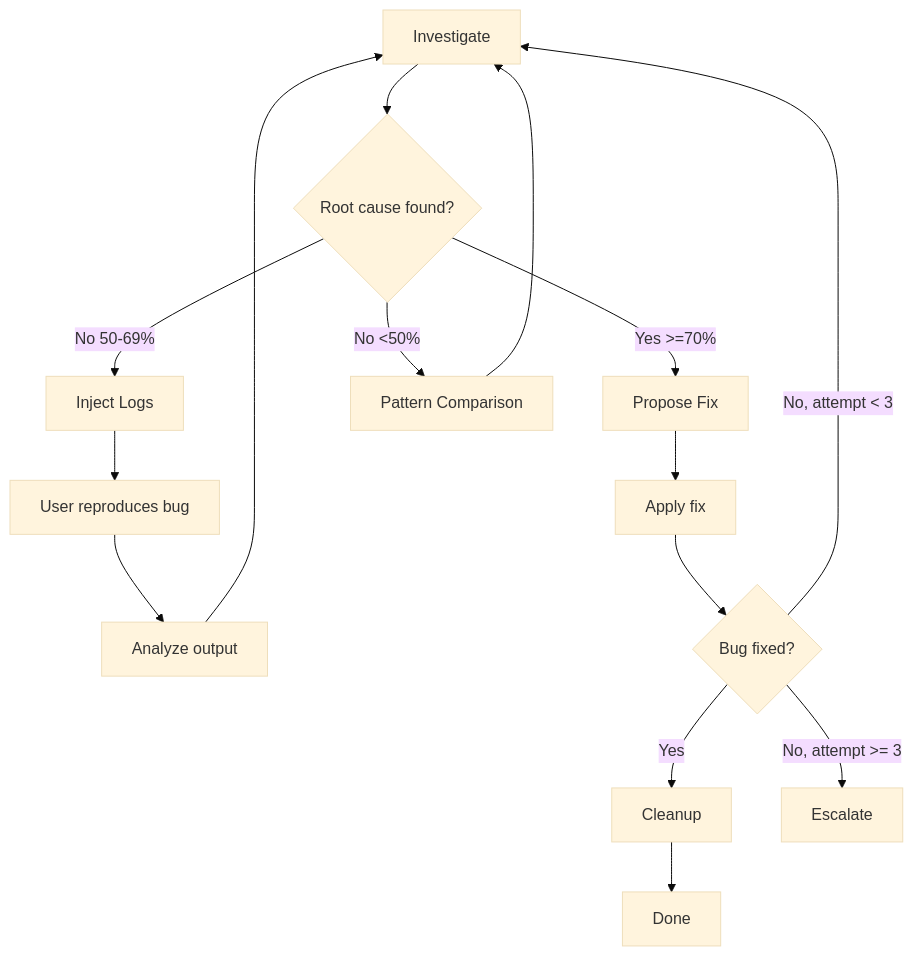
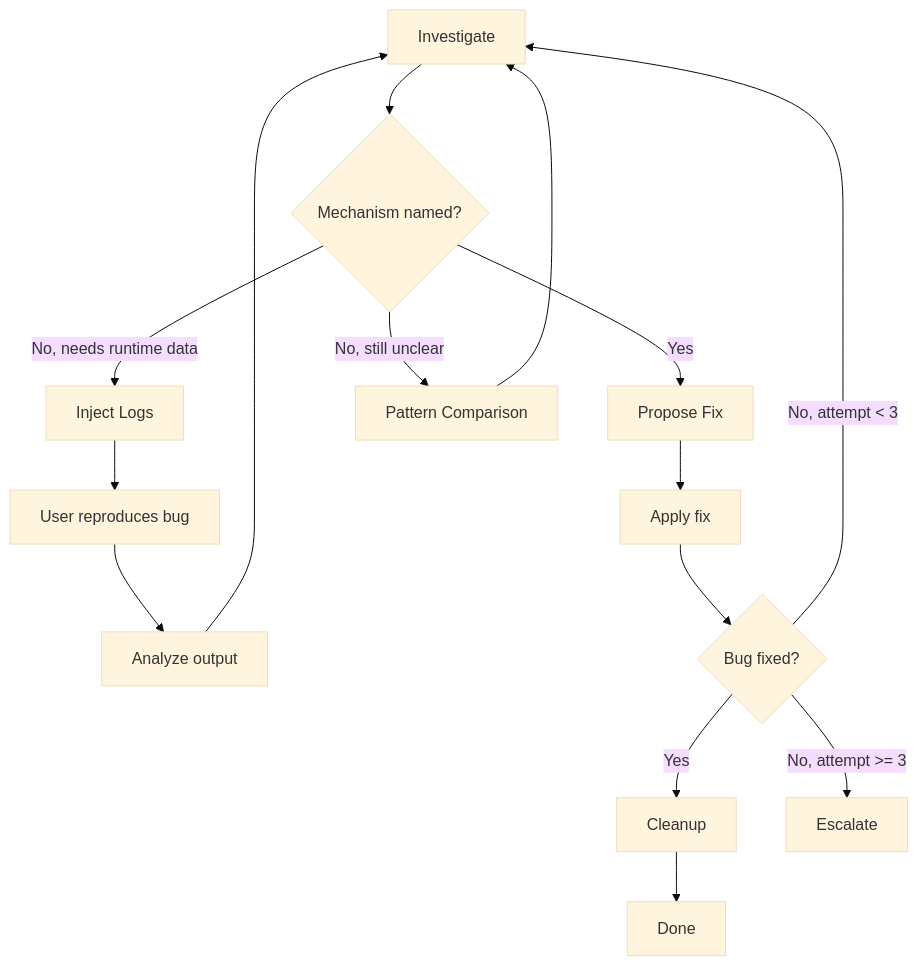
Before and after one commit to adeonir/agent-skills: the diagram in skills/engineering/debug-tools/README.md, drawn with Mermaid (base theme). The commit also changed other lines of this file and 3 other files, not shown here.

````diff
--- a/skills/engineering/debug-tools/README.md
+++ b/skills/engineering/debug-tools/README.md
@@ -9,17 +9,17 @@
 ```mermaid
 flowchart TD
-    A[Investigate] --> B{Root cause found?}
-    B -->|Yes >=70%| C[Propose Fix]
-    B -->|No 50-69%| D[Inject Logs]
-    B -->|No <50%| E[Pattern Comparison]
+    A[Investigate] --> B{Mechanism named?}
+    B -->|Yes| C[Propose Fix]
+    B -->|No, needs runtime data| D[Inject Logs]
+    B -->|No, still unclear| E[Pattern Comparison]
     D --> F[User reproduces bug]
     F --> G[Analyze output]
     G --> A
     E --> A
     C --> H[Apply fix]
     H --> I{Bug fixed?}
     I -->|Yes| J[Cleanup]
     I -->|No, attempt < 3| A
     I -->|No, attempt >= 3| K[Escalate]
     J --> L[Done]
 ```
````
